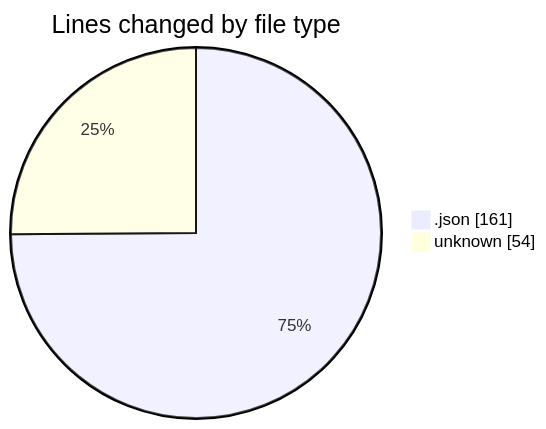
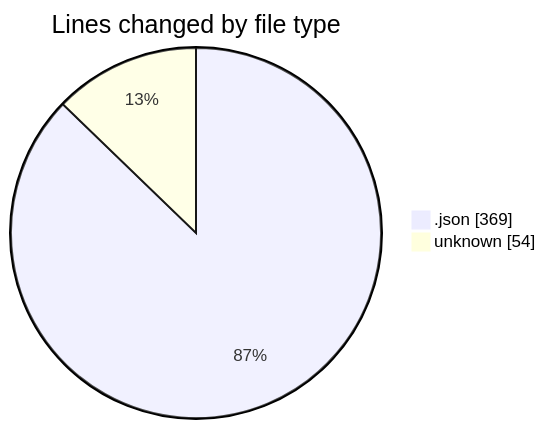
The first of 2 diagrams in 2025-07-24/_claude/README.md (EIIisD/code-tracking), drawn with Mermaid before and after one commit. The commit also changed other lines of this file and 1 other file, not shown here.

````diff
--- a/2025-07-24/_claude/README.md
+++ b/2025-07-24/_claude/README.md
@@ -23,6 +23,6 @@
 ```mermaid
 pie showData
 title Lines changed by file type
-".json" : 161
+".json" : 369
 "unknown" : 54
 ```
````
